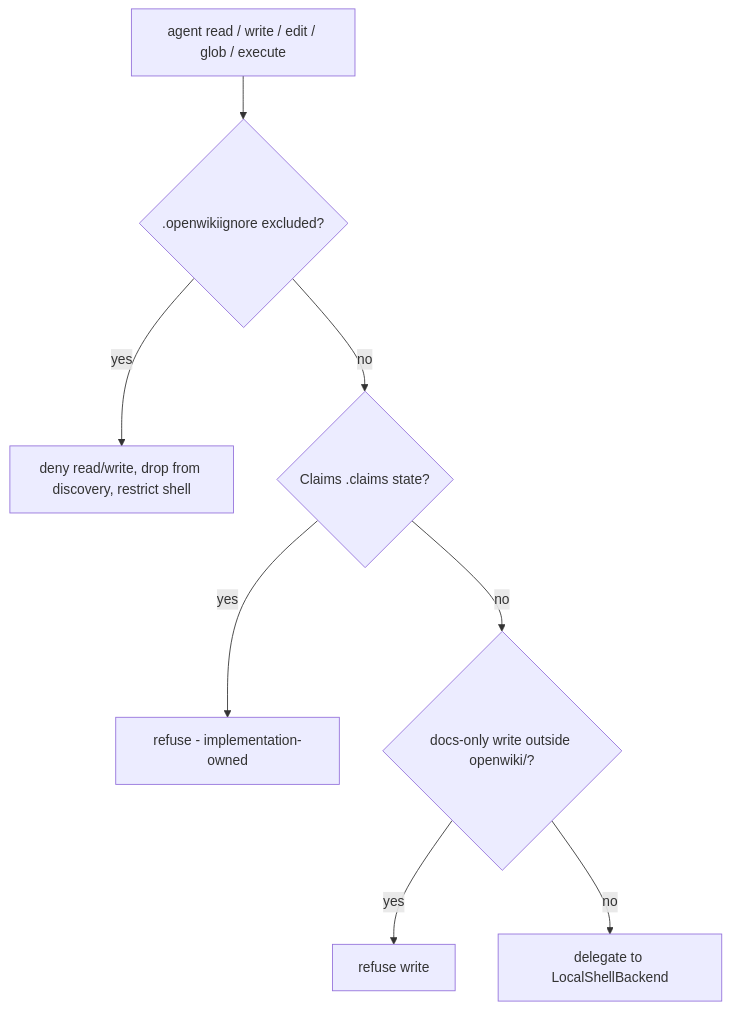
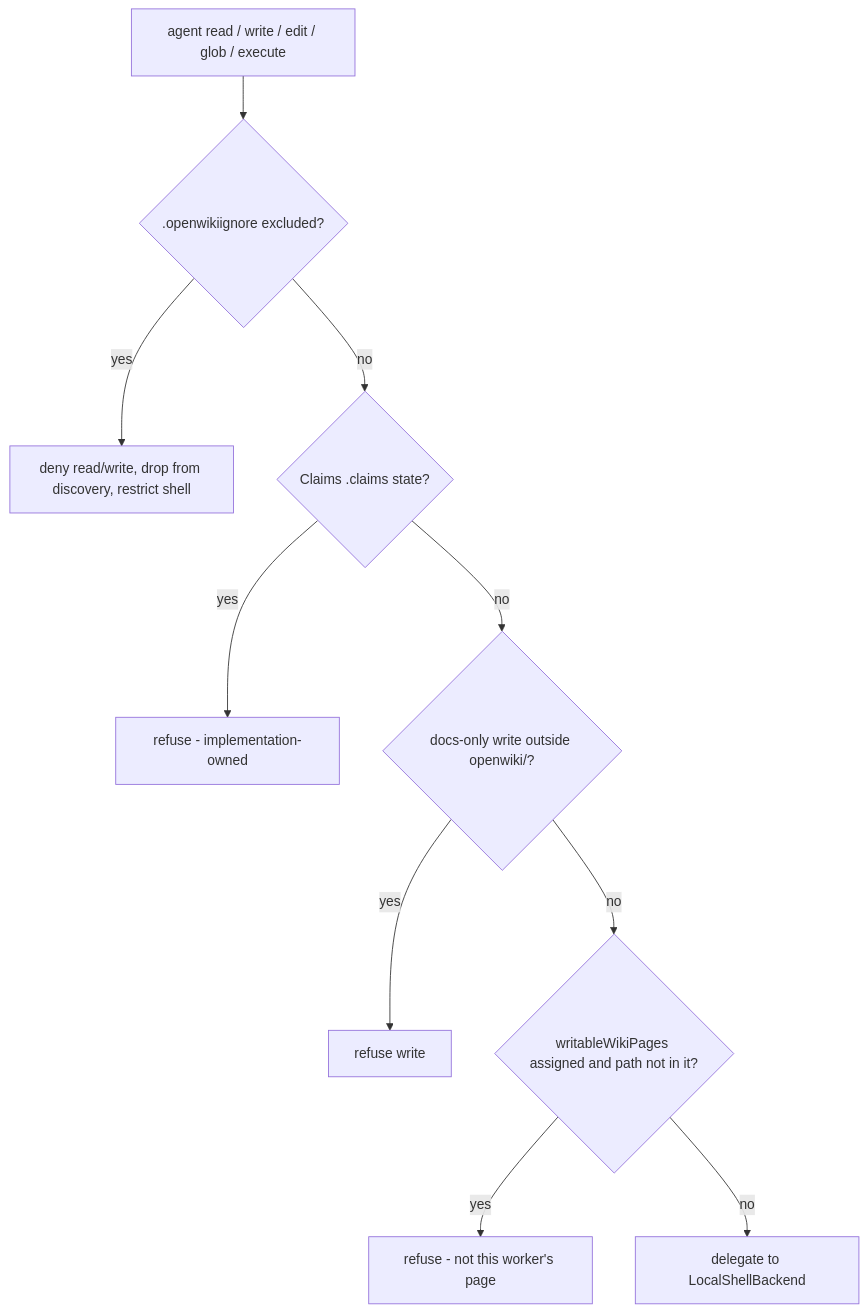
The diagram in openwiki/agent/backend.md (langchain-ai/openwiki), drawn with Mermaid before and after one commit. The commit also changed other lines of this file and 68 other files, not shown here.

````diff
--- a/openwiki/agent/backend.md
+++ b/openwiki/agent/backend.md
@@ -29,10 +58,12 @@
 ```mermaid
 flowchart TD
     OP["agent read / write / edit / glob / execute"] --> IGN{".openwikiignore excluded?"}
     IGN -->|yes| DENY1["deny read/write, drop from discovery, restrict shell"]
     IGN -->|no| CLM{"Claims .claims state?"}
     CLM -->|yes| DENY2["refuse - implementation-owned"]
     CLM -->|no| DOCS{"docs-only write outside openwiki/?"}
     DOCS -->|yes| DENY3["refuse write"]
-    DOCS -->|no| ALLOW["delegate to LocalShellBackend"]
+    DOCS -->|no| PAGE{"writableWikiPages assigned and path not in it?"}
+    PAGE -->|yes| DENY4["refuse - not this worker's page"]
+    PAGE -->|no| ALLOW["delegate to LocalShellBackend"]
 ```
````
